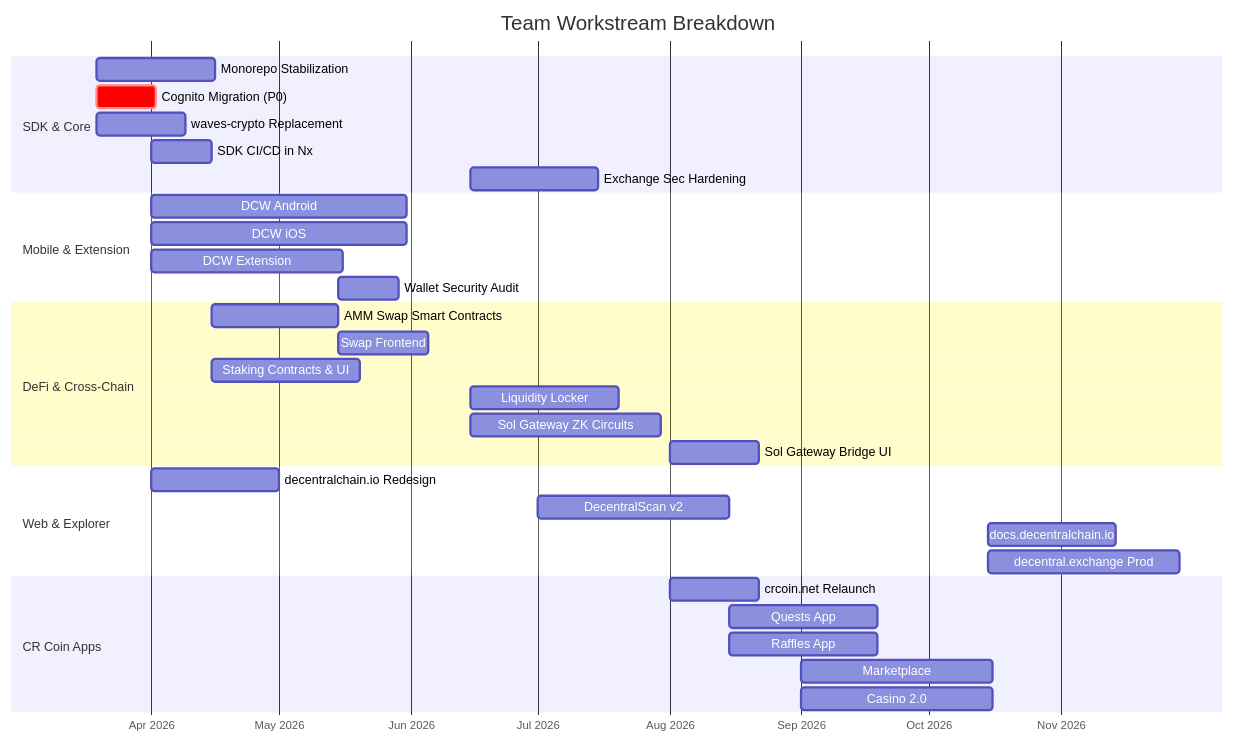
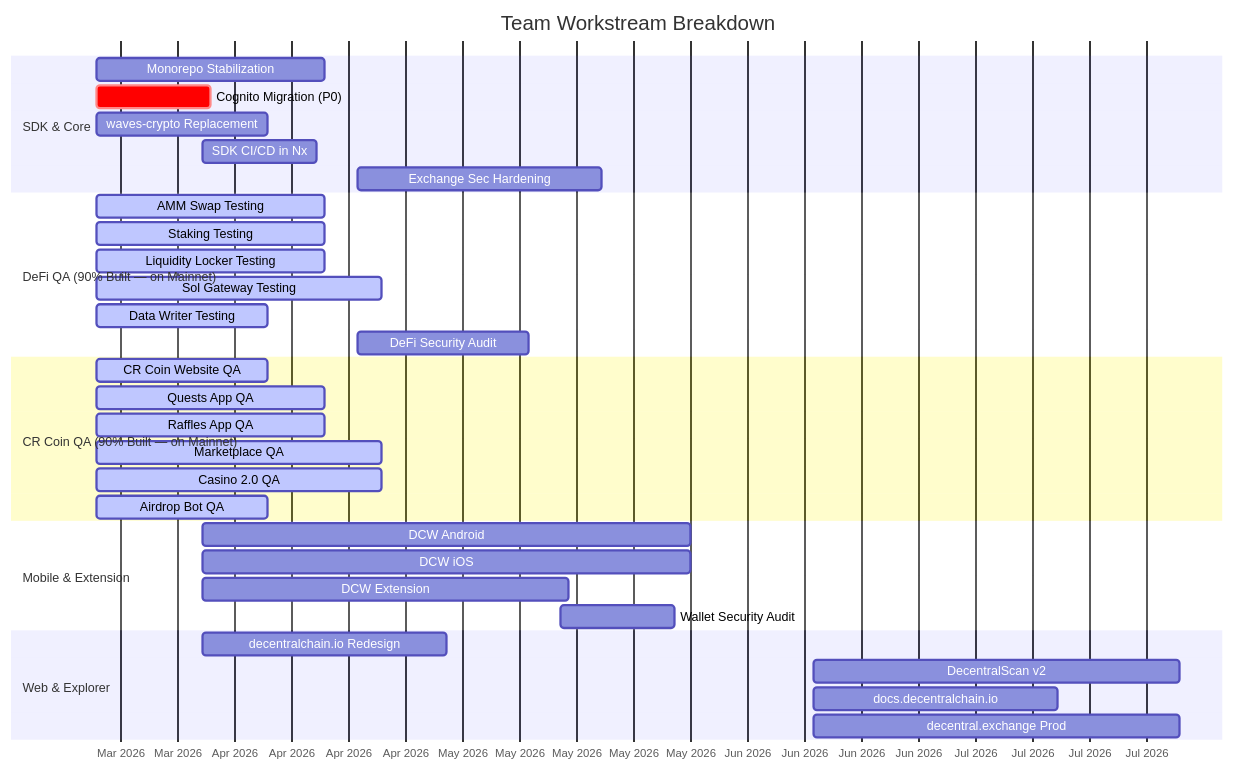
One commit to 33imattei33/roadmap-project changed the fourth of 11 diagrams in ROADMAP.md. Above: the diagram before and after it, drawn with Mermaid. The commit also changed other lines of this file, not shown here.

First line of the commit message:
Update roadmap: 12 projects are 90% complete and on mainnet

````diff
--- a/ROADMAP.md
+++ b/ROADMAP.md
@@ -168,40 +167,41 @@
 ```mermaid
 gantt
     title Team Workstream Breakdown
     dateFormat  YYYY-MM-DD
     axisFormat  %b %Y
 
     section SDK & Core
     Monorepo Stabilization       :s1, 2026-03-19, 28d
     Cognito Migration (P0)       :crit, s2, 2026-03-19, 14d
     waves-crypto Replacement     :s3, 2026-03-19, 21d
     SDK CI/CD in Nx              :s4, 2026-04-01, 14d
-    Exchange Sec Hardening       :s5, 2026-06-15, 30d
+    Exchange Sec Hardening       :s5, 2026-04-20, 30d
+
+    section DeFi QA (90% Built — on Mainnet)
+    AMM Swap Testing             :active, df1, 2026-03-19, 28d
+    Staking Testing              :active, df2, 2026-03-19, 28d
+    Liquidity Locker Testing     :active, df3, 2026-03-19, 28d
+    Sol Gateway Testing          :active, df4, 2026-03-19, 35d
+    Data Writer Testing          :active, df5, 2026-03-19, 21d
+    DeFi Security Audit          :df6, 2026-04-20, 21d
+
+    section CR Coin QA (90% Built — on Mainnet)
+    CR Coin Website QA           :active, cr1, 2026-03-19, 21d
+    Quests App QA                :active, cr2, 2026-03-19, 28d
+    Raffles App QA               :active, cr3, 2026-03-19, 28d
+    Marketplace QA               :active, cr4, 2026-03-19, 35d
+    Casino 2.0 QA                :active, cr5, 2026-03-19, 35d
+    Airdrop Bot QA               :active, cr6, 2026-03-19, 21d
 
     section Mobile & Extension
     DCW Android                  :w1, 2026-04-01, 60d
     DCW iOS                      :w2, 2026-04-01, 60d
     DCW Extension                :w3, 2026-04-01, 45d
     Wallet Security Audit        :w4, 2026-05-15, 14d
 
-    section DeFi & Cross-Chain
-    AMM Swap Smart Contracts     :df1, 2026-04-15, 30d
-    Swap Frontend                :df2, 2026-05-15, 21d
-    Staking Contracts & UI       :df3, 2026-04-15, 35d
-    Liquidity Locker             :df4, 2026-06-15, 35d
-    Sol Gateway ZK Circuits      :df5, 2026-06-15, 45d
-    Sol Gateway Bridge UI        :df6, 2026-08-01, 21d
-
     section Web & Explorer
     decentralchain.io Redesign   :wb1, 2026-04-01, 30d
-    DecentralScan v2             :wb2, 2026-07-01, 45d
-    docs.decentralchain.io       :wb3, 2026-10-15, 30d
-    decentral.exchange Prod      :wb4, 2026-10-15, 45d
-
-    section CR Coin Apps
-    crcoin.net Relaunch          :cr1, 2026-08-01, 21d
-    Quests App                   :cr2, 2026-08-15, 35d
-    Raffles App                  :cr3, 2026-08-15, 35d
-    Marketplace                  :cr4, 2026-09-01, 45d
-    Casino 2.0                   :cr5, 2026-09-01, 45d
+    DecentralScan v2             :wb2, 2026-06-15, 45d
+    docs.decentralchain.io       :wb3, 2026-06-15, 30d
+    decentral.exchange Prod      :wb4, 2026-06-15, 45d
 ```
````
